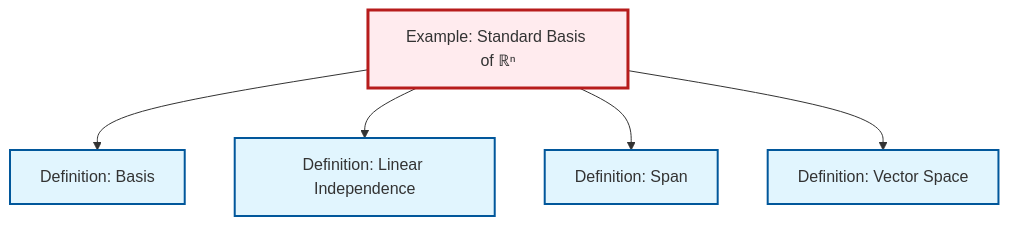
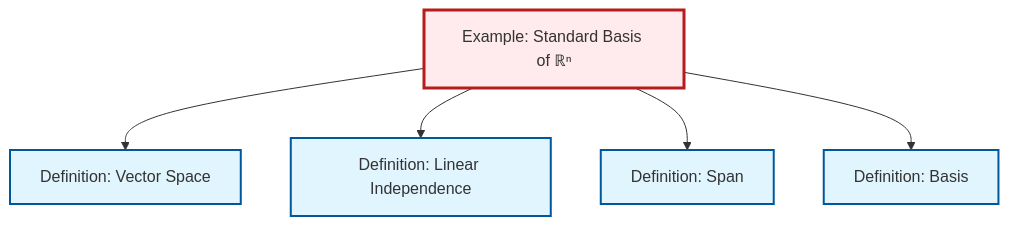
Before and after one commit to RK0429/ModernMath: the diagram in content/ja/algebra/ex-standard-basis-rn.qmd, drawn with Mermaid. The commit also changed other lines of this file and 474 other files, not shown here.

````diff
--- a/content/ja/algebra/ex-standard-basis-rn.qmd
+++ b/content/ja/algebra/ex-standard-basis-rn.qmd
@@ -63,23 +63,23 @@
 ```{mermaid}
 %%| fig-cap: "Local dependency graph"
 graph TD
     classDef definition fill:#e1f5fe,stroke:#01579b,stroke-width:2px
     classDef theorem fill:#f3e5f5,stroke:#4a148c,stroke-width:2px
     classDef axiom fill:#fff3e0,stroke:#e65100,stroke-width:2px
     classDef example fill:#e8f5e9,stroke:#1b5e20,stroke-width:2px
     classDef current fill:#ffebee,stroke:#b71c1c,stroke-width:3px
     def-linear-independence["Definition: Linear Independence"]:::definition
+    def-vector-space["Definition: Vector Space"]:::definition
     def-basis["Definition: Basis"]:::definition
     ex-standard-basis-rn["Example: Standard Basis of ℝⁿ"]:::example
     def-span["Definition: Span"]:::definition
-    def-vector-space["Definition: Vector Space"]:::definition
-    ex-standard-basis-rn --> def-basis
+    ex-standard-basis-rn --> def-vector-space
     ex-standard-basis-rn --> def-linear-independence
     ex-standard-basis-rn --> def-span
-    ex-standard-basis-rn --> def-vector-space
+    ex-standard-basis-rn --> def-basis
     class ex-standard-basis-rn current
     click def-linear-independence "def-linear-independence.html" "Definition: Linear Independenceへ"
+    click def-vector-space "def-vector-space.html" "Definition: Vector Spaceへ"
     click def-basis "def-basis.html" "Definition: Basisへ"
     click def-span "def-span.html" "Definition: Spanへ"
-    click def-vector-space "def-vector-space.html" "Definition: Vector Spaceへ"
 ```
````
